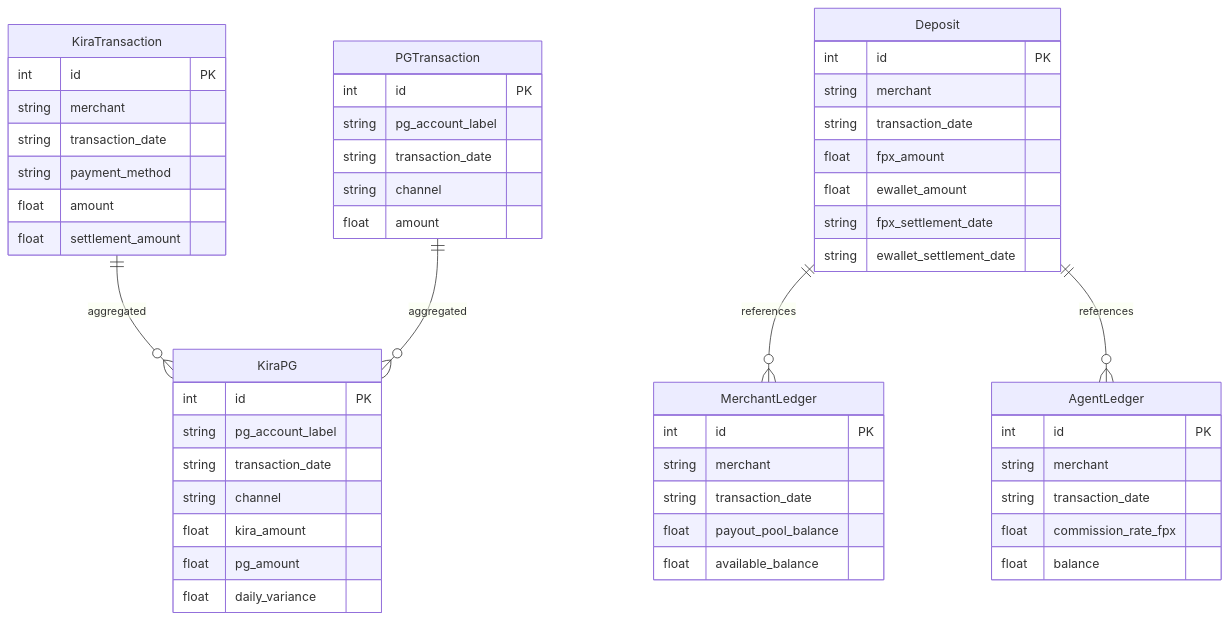
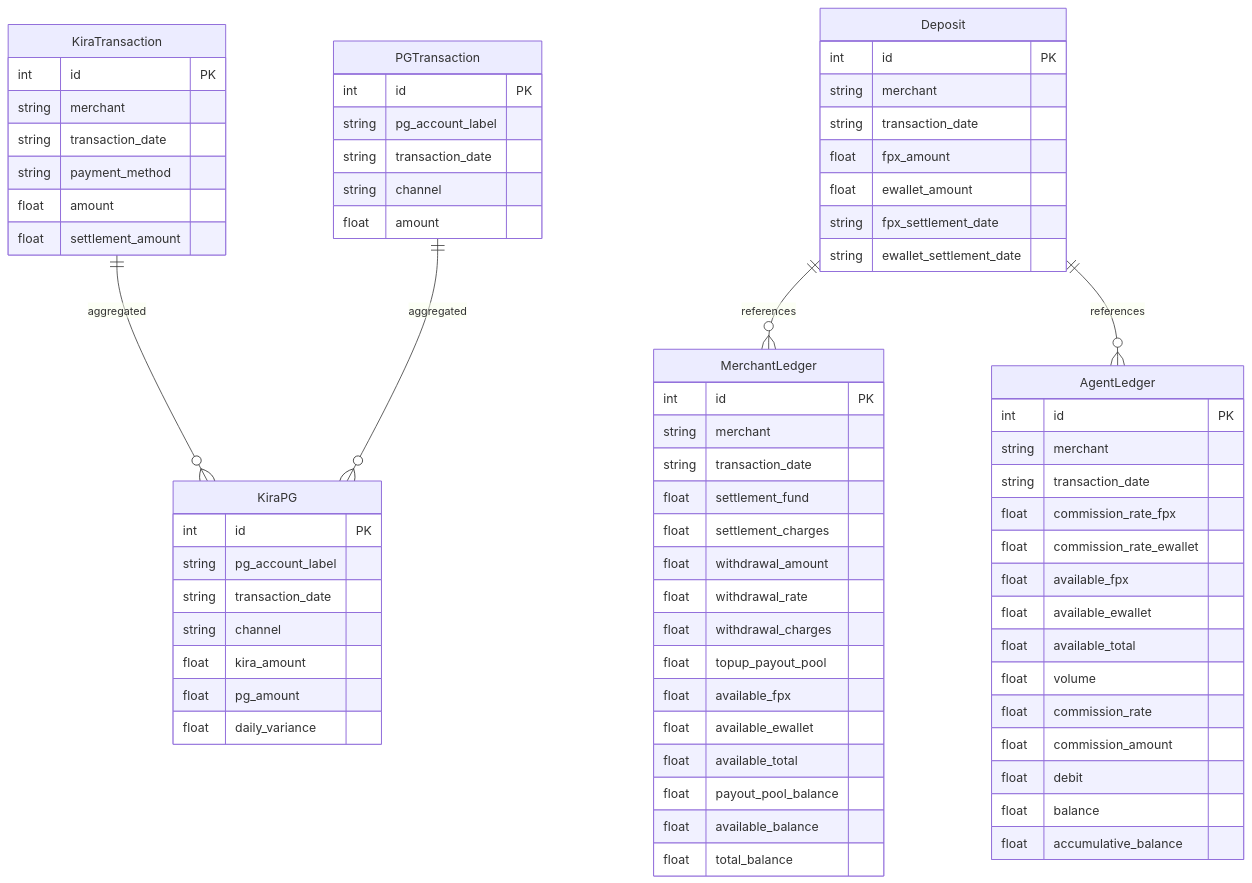
Before and after one commit to nestorzamili/payment-automation: the second of 2 diagrams in docs/architecture.md, drawn with Mermaid. The commit also changed 4 other files, not shown here.

First line of the commit message:
feat(docs): update README and architecture documentation with new features and API endpoints

````diff
--- a/docs/architecture.md
+++ b/docs/architecture.md
@@ -105,60 +105,79 @@
 ```mermaid
 erDiagram
     KiraTransaction ||--o{ KiraPG : "aggregated"
     PGTransaction ||--o{ KiraPG : "aggregated"
     Deposit ||--o{ MerchantLedger : "references"
     Deposit ||--o{ AgentLedger : "references"
     
     KiraTransaction {
         int id PK
         string merchant
         string transaction_date
         string payment_method
         float amount
         float settlement_amount
     }
     
     PGTransaction {
         int id PK
         string pg_account_label
         string transaction_date
         string channel
         float amount
     }
     
     KiraPG {
         int id PK
         string pg_account_label
         string transaction_date
         string channel
         float kira_amount
         float pg_amount
         float daily_variance
     }
     
     Deposit {
         int id PK
         string merchant
         string transaction_date
         float fpx_amount
         float ewallet_amount
         string fpx_settlement_date
         string ewallet_settlement_date
     }
     
     MerchantLedger {
         int id PK
         string merchant
         string transaction_date
+        float settlement_fund
+        float settlement_charges
+        float withdrawal_amount
+        float withdrawal_rate
+        float withdrawal_charges
+        float topup_payout_pool
+        float available_fpx
+        float available_ewallet
+        float available_total
         float payout_pool_balance
         float available_balance
+        float total_balance
     }
     
     AgentLedger {
         int id PK
         string merchant
         string transaction_date
         float commission_rate_fpx
+        float commission_rate_ewallet
+        float available_fpx
+        float available_ewallet
+        float available_total
+        float volume
+        float commission_rate
+        float commission_amount
+        float debit
         float balance
+        float accumulative_balance
     }
 ```
````
